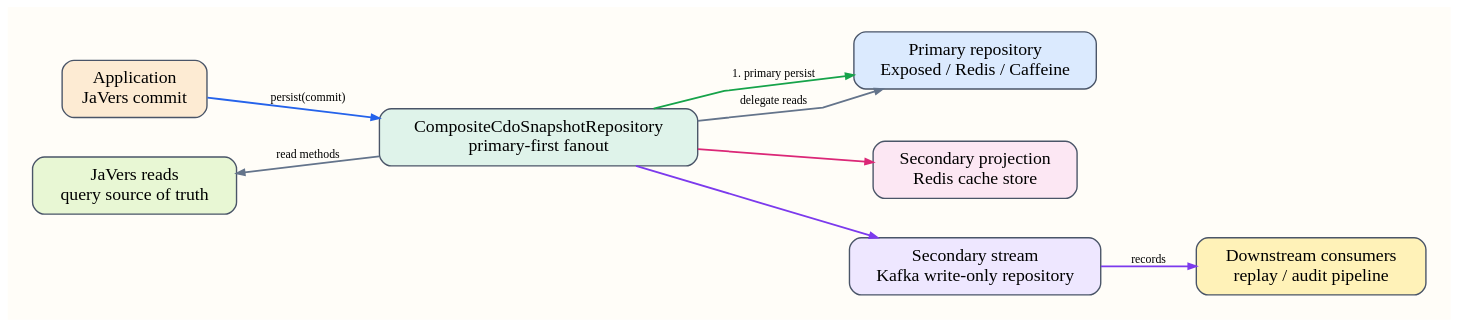
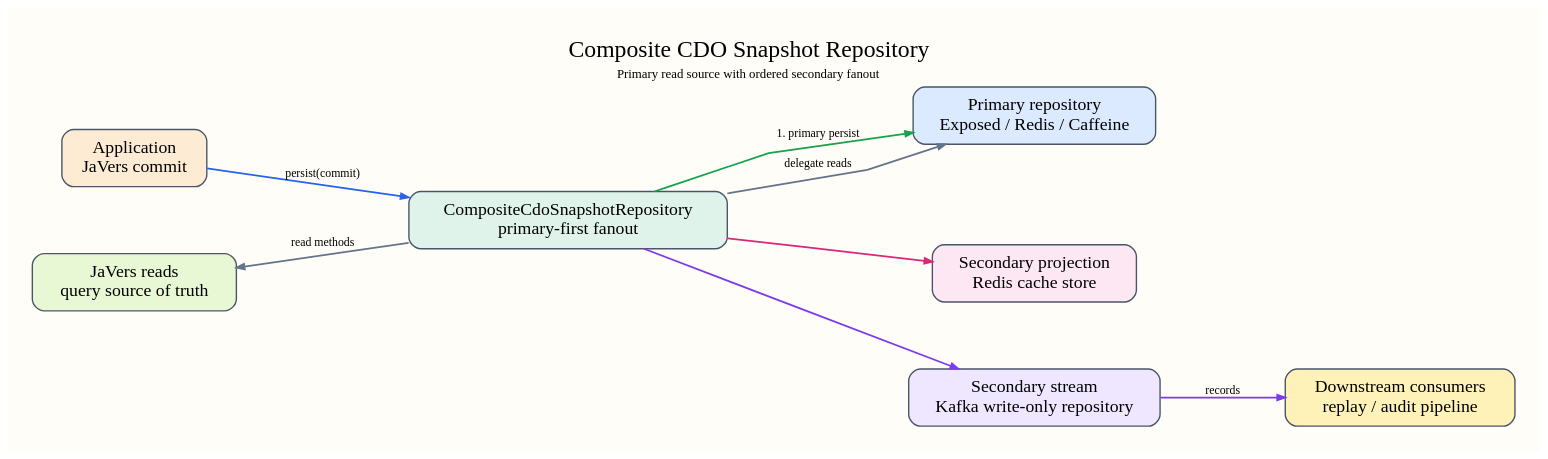
One commit to bluetape4k/bluetape4k-javers changed the diagram in javers-core/docs/images/readme-diagrams/javers-core-composite-repository-01.dot. Above: the diagram before and after it, drawn with Graphviz. The commit also changed 5 other files, not shown here.

First line of the commit message:
docs: address composite repository PR comments

```diff
--- a/javers-core/docs/images/readme-diagrams/javers-core-composite-repository-01.dot
+++ b/javers-core/docs/images/readme-diagrams/javers-core-composite-repository-01.dot
@@ -1,71 +1,78 @@
 digraph CompositeCdoSnapshotRepository {
   graph [
     rankdir=LR,
     bgcolor="#fffdf8",
     pad="0.35",
-    nodesep="0.55",
-    ranksep="0.75",
-    splines=polyline
+    nodesep="0.95",
+    ranksep="1.15",
+    splines=polyline,
+    labelloc=t,
+    label=<
+      <TABLE BORDER="0" CELLBORDER="0" CELLSPACING="0">
+        <TR><TD><FONT FACE="Architects Daughter" POINT-SIZE="24">Composite CDO Snapshot Repository</FONT></TD></TR>
+        <TR><TD><FONT FACE="Comic Mono" POINT-SIZE="13">Primary read source with ordered secondary fanout</FONT></TD></TR>
+      </TABLE>
+    >
   ];
 
   node [
     shape=box,
     style="rounded,filled",
     penwidth=1.4,
     color="#4a5568",
     fontname="Architects Daughter",
     fontsize=18,
     margin="0.18,0.12"
   ];
 
   edge [
     color="#596579",
     penwidth=1.8,
     arrowsize=0.8,
     fontname="Comic Mono",
     fontsize=12
   ];
 
   app [
     label="Application\nJaVers commit",
     fillcolor="#fdebd3"
   ];
 
   composite [
     label="CompositeCdoSnapshotRepository\nprimary-first fanout",
     fillcolor="#dff3ea"
   ];
 
   primary [
     label="Primary repository\nExposed / Redis / Caffeine",
     fillcolor="#dbeafe"
   ];
 
   redis [
     label="Secondary projection\nRedis cache store",
     fillcolor="#fce7f3"
   ];
 
   kafka [
     label="Secondary stream\nKafka write-only repository",
     fillcolor="#eee7ff"
   ];
 
   queries [
     label="JaVers reads\nquery source of truth",
     fillcolor="#e8f7d4"
   ];
 
   consumers [
     label="Downstream consumers\nreplay / audit pipeline",
     fillcolor="#fff2b8"
   ];
 
   app -> composite [label="persist(commit)", color="#2563eb"];
   composite -> primary [label="1. primary persist", color="#16a34a"];
   composite -> redis [color="#db2777"];
   composite -> kafka [color="#7c3aed"];
   queries -> composite [label="read methods", color="#64748b", dir=back];
   composite -> primary [label="delegate reads", color="#64748b"];
   kafka -> consumers [label="records", color="#7c3aed"];
 }
```
